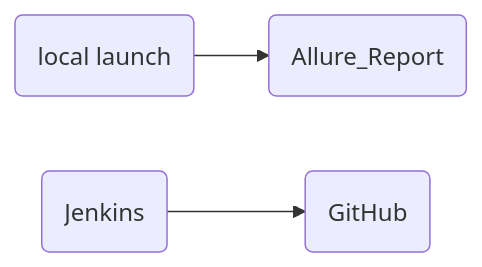
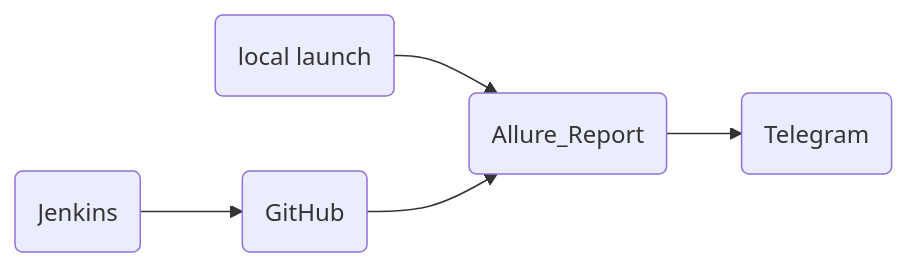
One commit to maxkonushkin/FirstProject changed the diagram in README.md. Above: the diagram before and after it, drawn with Mermaid.

Commit message:
add mermaid

````diff
--- a/README.md
+++ b/README.md
@@ -60,5 +60,5 @@
 ``` mermaid
 flowchart LR;
 A(local launch)-->B(Allure_Report);
-    C(Jenkins)-->D(GitHub);
+    C(Jenkins)-->D(GitHub)-->B(Allure_Report)-->E(Telegram);
 ```
````
